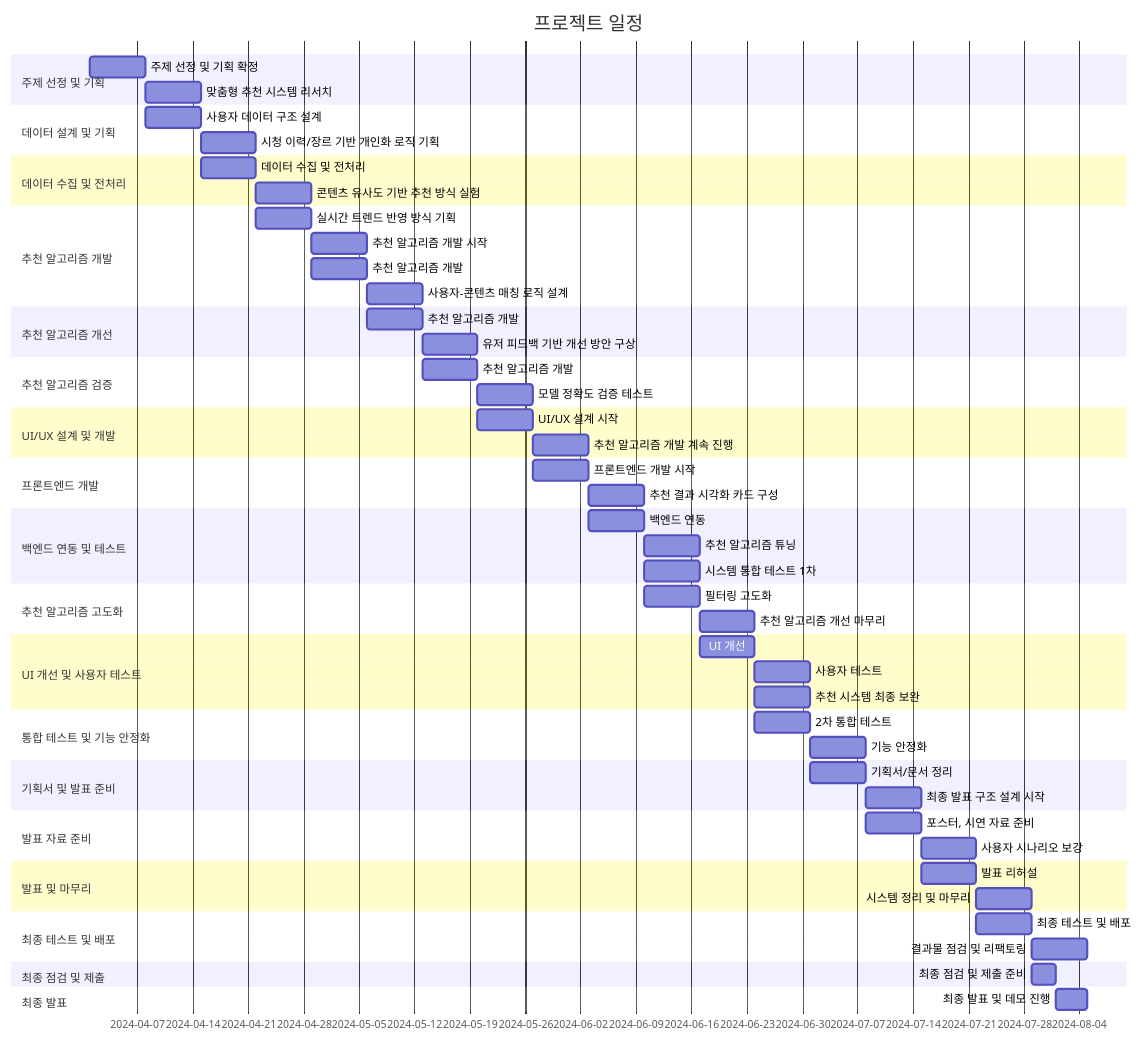
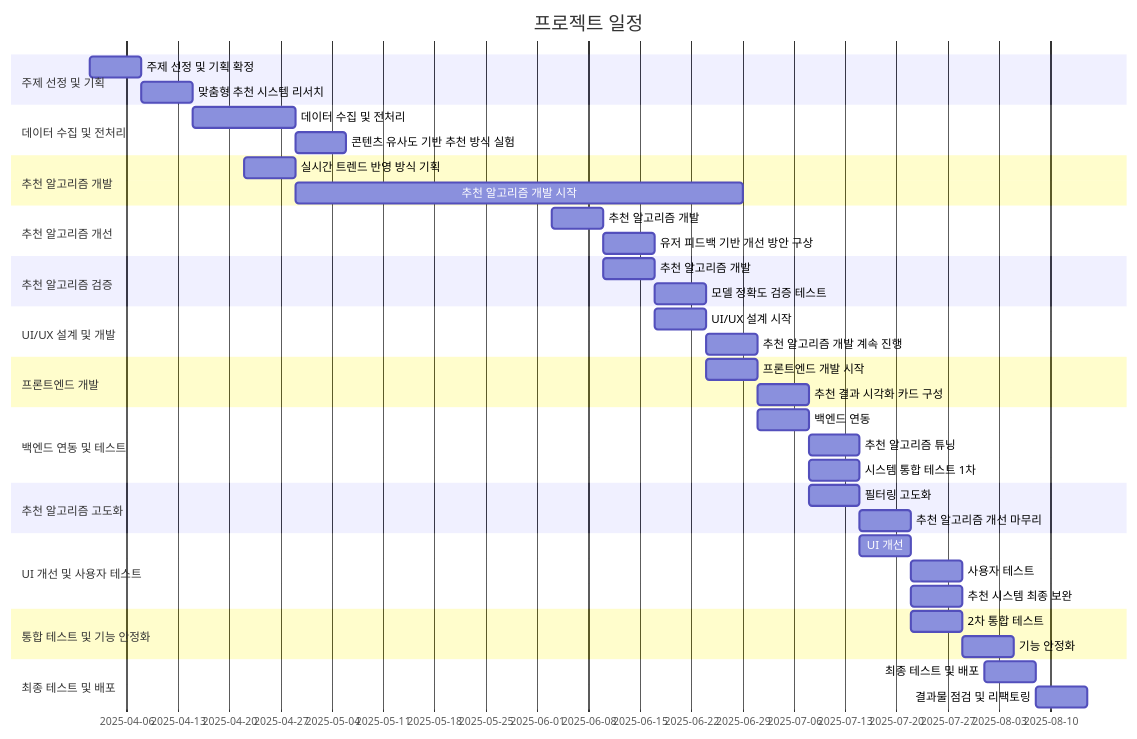
One commit to whynotsw-camp/wh05-1st-teamC changed the diagram in README.md. Above: the diagram before and after it, drawn with Mermaid.

````diff
--- a/README.md
+++ b/README.md
@@ -67,80 +67,54 @@
 ```mermaid
 gantt
     title 프로젝트 일정
     dateFormat  YYYY-MM-DD
     section 주제 선정 및 기획
-    주제 선정 및 기획 확정  :a1, 2024-04-01, 7d
-    맞춤형 추천 시스템 리서치 :after a1, 7d
-
-    section 데이터 설계 및 기획
-    사용자 데이터 구조 설계 :a2, 2024-04-08, 7d
-    시청 이력/장르 기반 개인화 로직 기획 :after a2, 7d
+    주제 선정 및 기획 확정   : a1, 2025-04-01, 7d
+    맞춤형 추천 시스템 리서치 : after a1, 7d
 
     section 데이터 수집 및 전처리
-    데이터 수집 및 전처리 :a3, 2024-04-15, 7d
-    콘텐츠 유사도 기반 추천 방식 실험 :after a3, 7d
+    데이터 수집 및 전처리 : a2, 2025-04-15, 14d
+    콘텐츠 유사도 기반 추천 방식 실험 : after a2, 7d
 
     section 추천 알고리즘 개발
-    실시간 트렌드 반영 방식 기획 :a4, 2024-04-22, 7d
-    추천 알고리즘 개발 시작 :after a4, 7d
-
-    section 추천 알고리즘 개발
-    추천 알고리즘 개발 :a5, 2024-04-29, 7d
-    사용자-콘텐츠 매칭 로직 설계 :after a5, 7d
+    실시간 트렌드 반영 방식 기획 : a3, 2025-04-22, 7d
+    추천 알고리즘 개발 시작 : after a3, 61d
 
     section 추천 알고리즘 개선
-    추천 알고리즘 개발 :a6, 2024-05-06, 7d
-    유저 피드백 기반 개선 방안 구상 :after a6, 7d
+    추천 알고리즘 개발 : a4, 2025-06-03, 7d
+    유저 피드백 기반 개선 방안 구상 : after a4, 7d
 
     section 추천 알고리즘 검증
-    추천 알고리즘 개발 :a7, 2024-05-13, 7d
-    모델 정확도 검증 테스트 :after a7, 7d
+    추천 알고리즘 개발 : a5, 2025-06-10, 7d
+    모델 정확도 검증 테스트 : after a5, 7d
 
     section UI/UX 설계 및 개발
-    UI/UX 설계 시작 :a8, 2024-05-20, 7d
-    추천 알고리즘 개발 계속 진행 :after a8, 7d
+    UI/UX 설계 시작 : a6, 2025-06-17, 7d
+    추천 알고리즘 개발 계속 진행 : after a6, 7d
 
     section 프론트엔드 개발
-    프론트엔드 개발 시작 :a9, 2024-05-27, 7d
-    추천 결과 시각화 카드 구성 :after a9, 7d
+    프론트엔드 개발 시작 : a7, 2025-06-24, 7d
+    추천 결과 시각화 카드 구성 : after a7, 7d
 
     section 백엔드 연동 및 테스트
-    백엔드 연동 :a10, 2024-06-03, 7d
-    추천 알고리즘 튜닝 :after a10, 7d
-    시스템 통합 테스트 1차 :after a10, 7d
+    백엔드 연동 : a8, 2025-07-01, 7d
+    추천 알고리즘 튜닝 : after a8, 7d
+    시스템 통합 테스트 1차 : after a8, 7d
 
     section 추천 알고리즘 고도화
-    필터링 고도화 :a11, 2024-06-10, 7d
-    추천 알고리즘 개선 마무리 :after a11, 7d
+    필터링 고도화 : a9, 2025-07-08, 7d
+    추천 알고리즘 개선 마무리 : after a9, 7d
 
     section UI 개선 및 사용자 테스트
-    UI 개선 :a12, 2024-06-17, 7d
-    사용자 테스트 :after a12, 7d
-    추천 시스템 최종 보완 :after a12, 7d
+    UI 개선 : a10, 2025-07-15, 7d
+    사용자 테스트 : after a10, 7d
+    추천 시스템 최종 보완 : after a10, 7d
 
     section 통합 테스트 및 기능 안정화
-    2차 통합 테스트 :a13, 2024-06-24, 7d
-    기능 안정화 :after a13, 7d
-
-    section 기획서 및 발표 준비
-    기획서/문서 정리 :a14, 2024-07-01, 7d
-    최종 발표 구조 설계 시작 :after a14, 7d
-
-    section 발표 자료 준비
-    포스터, 시연 자료 준비 :a15, 2024-07-08, 7d
-    사용자 시나리오 보강 :after a15, 7d
-
-    section 발표 및 마무리
-    발표 리허설 :a16, 2024-07-15, 7d
-    시스템 정리 및 마무리 :after a16, 7d
+    2차 통합 테스트 : a11, 2025-07-22, 7d
+    기능 안정화 : after a11, 7d
 
     section 최종 테스트 및 배포
-    최종 테스트 및 배포 :a17, 2024-07-22, 7d
-    결과물 점검 및 리팩토링 :after a17, 7d
-
-    section 최종 점검 및 제출
-    최종 점검 및 제출 준비 :a18, 2024-07-29, 3d
-
-    section 최종 발표
-    최종 발표 및 데모 진행 :a19, 2024-08-01, 4d
+    최종 테스트 및 배포 : a12, 2025-08-01, 7d
+    결과물 점검 및 리팩토링 : after a12, 7d
 ```
````
